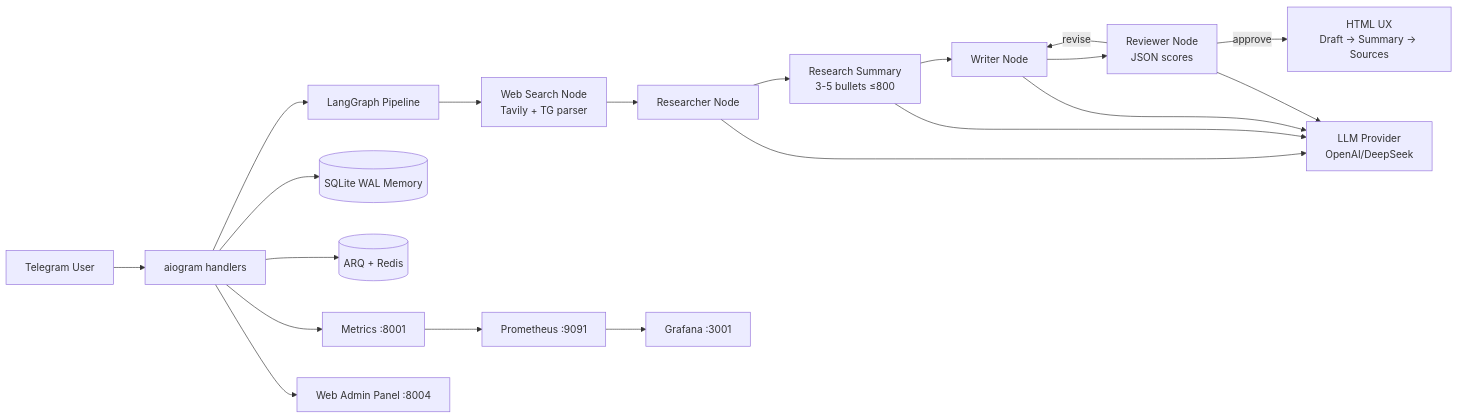
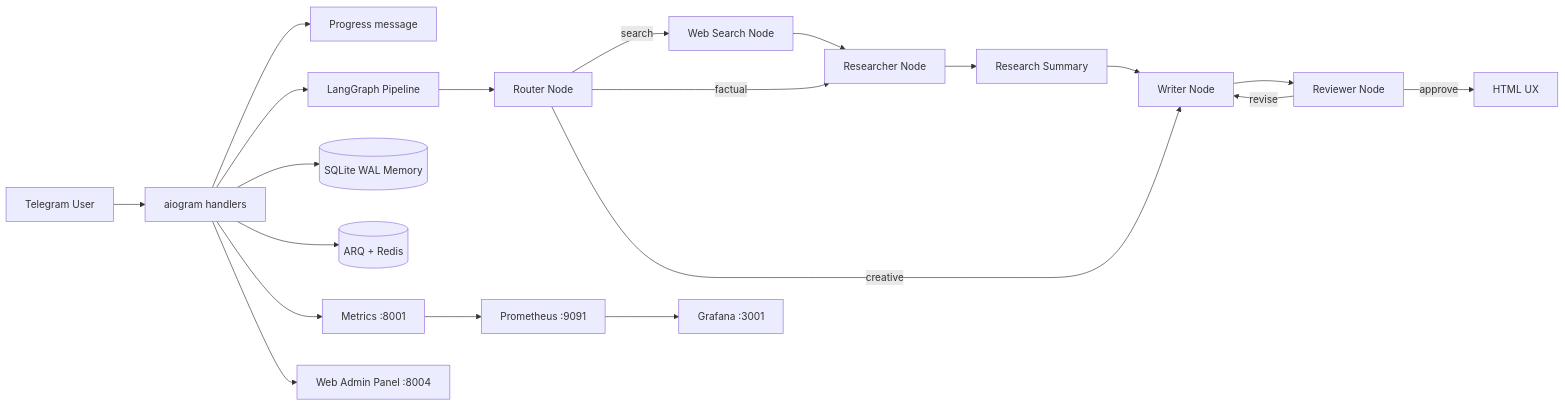
One commit to kartuznik/watchdog_bot changed the diagram in README.md. Above: the diagram before and after it, drawn with Mermaid. The commit also changed other lines of this file and 9 other files, not shown here.

First line of the commit message:
Ship Phase 1.5b: smart router and Telegram progress stages.

````diff
--- a/README.md
+++ b/README.md
@@ -43,22 +45,22 @@
 ```mermaid
 flowchart LR
     U[Telegram User] --> A[aiogram handlers]
+    A --> PGS[Progress message]
     A --> G[LangGraph Pipeline]
-    G --> W[Web Search Node<br/>Tavily + TG parser]
-    W --> R[Researcher Node]
-    R --> S[Research Summary<br/>3-5 bullets ≤800]
-    S --> WR[Writer Node]
-    WR --> RV[Reviewer Node<br/>JSON scores]
+    G --> RT[Router Node]
+    RT -->|search| W[Web Search Node]
+    RT -->|factual| R[Researcher Node]
+    RT -->|creative| WR[Writer Node]
+    W --> R
+    R --> S[Research Summary]
+    S --> WR
+    WR --> RV[Reviewer Node]
     RV -->|revise| WR
-    RV -->|approve| OUT[HTML UX<br/>Draft → Summary → Sources]
-    R --> LLM[LLM Provider<br/>OpenAI/DeepSeek]
-    S --> LLM
-    WR --> LLM
-    RV --> LLM
+    RV -->|approve| OUT[HTML UX]
     A --> DB[(SQLite WAL Memory)]
     A --> Q[(ARQ + Redis)]
     A --> M[Metrics :8001]
     M --> P[Prometheus :9091]
     P --> GF[Grafana :3001]
     A --> ADM[Web Admin Panel :8004]
 ```
````
